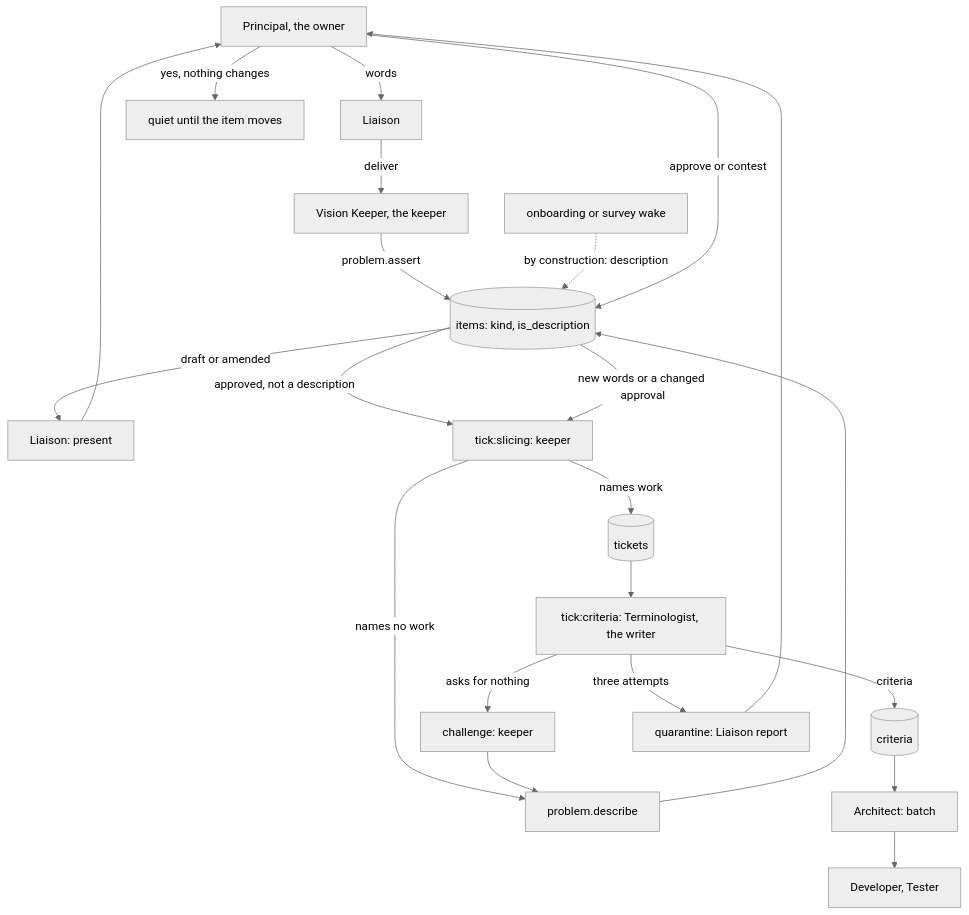
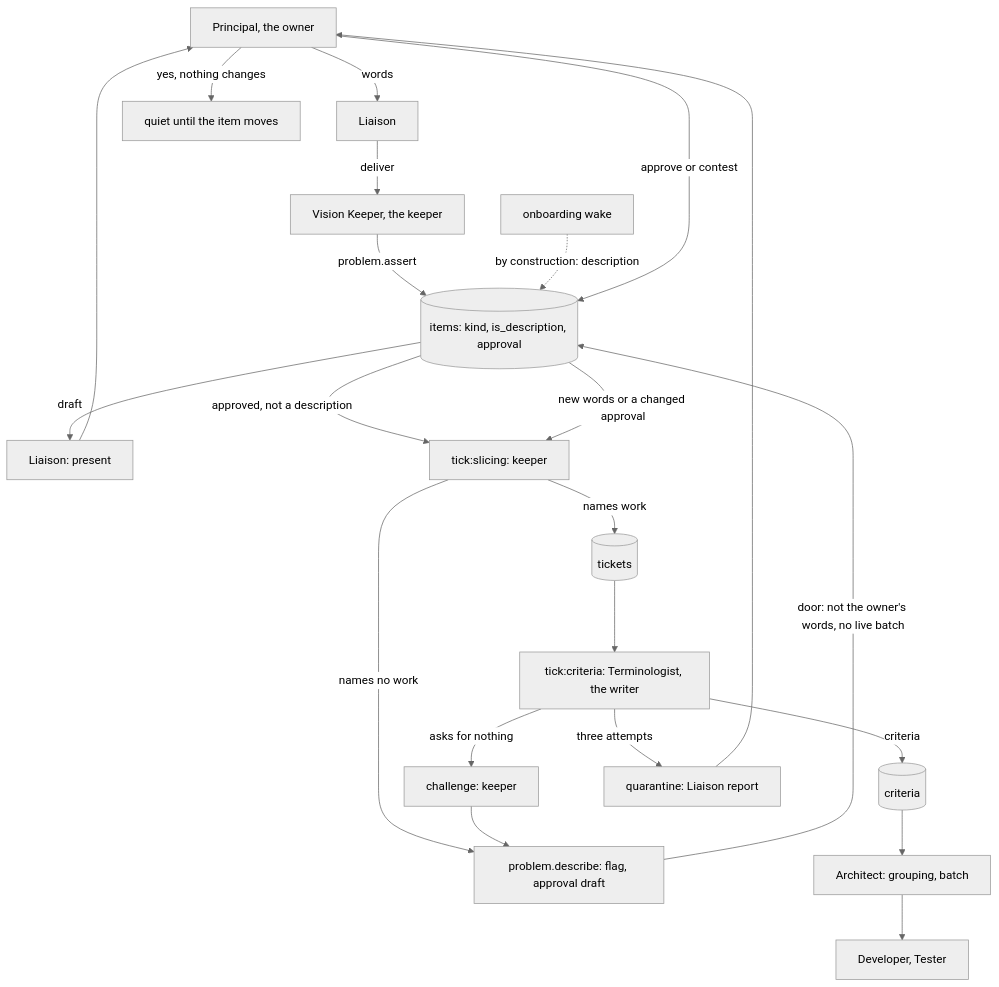
The diagram in plans/archive/quarantine-revive-design-2026-09-24.md (Balibaloo/rota-code), drawn with Mermaid (neutral theme) before and after one commit. The commit also changed other lines of this file, not shown here.

````diff
--- a/plans/archive/quarantine-revive-design-2026-09-24.md
+++ b/plans/archive/quarantine-revive-design-2026-09-24.md
@@ -251,18 +297,19 @@
 ```mermaid
 flowchart TD
   P[Principal, the owner] -- words --> L[Liaison]
   L -- deliver --> K[Vision Keeper, the keeper]
-  K -- problem.assert --> I[(items: kind, is_description)]
-  O[onboarding or survey wake] -. by construction: description .-> I
-  I -- draft or amended --> PR[Liaison: present] --> P
+  K -- problem.assert --> I[(items: kind, is_description, approval)]
+  O[onboarding wake] -. by construction: description .-> I
+  I -- draft --> PR[Liaison: present] --> P
   P -- approve or contest --> I
   I -- approved, not a description --> S[tick:slicing: keeper]
   S -- names work --> T[(tickets)]
-  S -- names no work --> D[problem.describe] --> I
+  S -- names no work --> D[problem.describe: flag, approval draft]
+  D -- door: not the owner's words, no live batch --> I
   T --> C[tick:criteria: Terminologist, the writer]
-  C -- criteria --> CR[(criteria)] --> A[Architect: batch] --> B[Developer, Tester]
+  C -- criteria --> CR[(criteria)] --> A[Architect: grouping, batch] --> B[Developer, Tester]
   C -- asks for nothing --> CH[challenge: keeper] --> D
   C -- three attempts --> Q[quarantine: Liaison report] --> P
   P -- yes, nothing changes --> QQ[quiet until the item moves]
   I -- new words or a changed approval --> S
 ```
````
